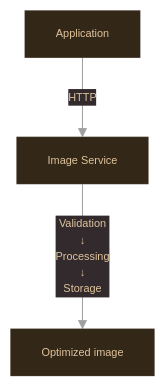
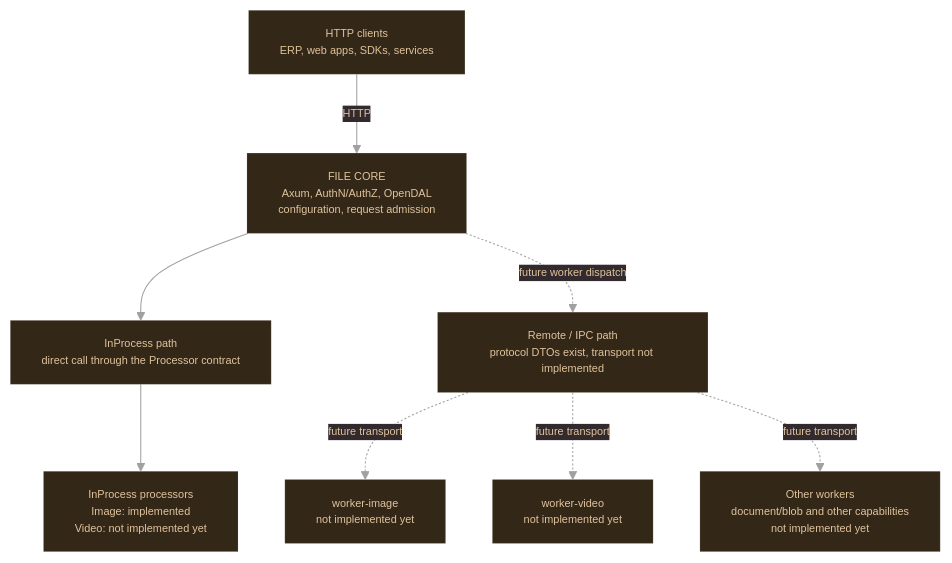
Before and after one commit to agusquartz/image_service: the first of 2 diagrams in README.md, drawn with Mermaid. The commit also changed other lines of this file, not shown here.

Commit message:
docs(readme): explain current and future processor paths

````diff
--- a/README.md
+++ b/README.md
@@ -36,6 +36,7 @@
   flowchart:
     rankSpacing: 60
     nodeSpacing: 45
+    minNodeWidth: 210
     curve: basis
 
   themeCSS: |
@@ -58,7 +59,11 @@
 
     .node .label p {
       padding: 4.5px 9px;
+      width: 210px !important;
+      min-width: 210px !important;
+      box-sizing: border-box;
       margin: 0;
+      text-align: center;
     }
 
     .edgeLabel {
@@ -98,7 +103,21 @@
       stroke: rgba(249,249,247,0.50);
     }
 ---
-flowchart TD
-    A[Application] -->|HTTP| B[Image Service]
-    B -->|"Validation<br/>↓<br/>Processing<br/>↓<br/>Storage"| C[Optimized image]
+flowchart TB
+    CLIENT[HTTP clients<br/>ERP, web apps, SDKs, services]
+    CORE[FILE CORE<br/>Axum, AuthN/AuthZ, OpenDAL<br/>configuration, request admission]
+    INPROC[InProcess path<br/>direct call through the Processor contract]
+    REMOTE[Remote / IPC path<br/>protocol DTOs exist, transport not implemented]
+    LOCAL_PROCESSORS[InProcess processors<br/>Image: implemented<br/>Video: not implemented yet]
+    WORKER_IMAGE[worker-image<br/>not implemented yet]
+    WORKER_VIDEO[worker-video<br/>not implemented yet]
+    OTHER_WORKERS[Other workers<br/>document/blob and other capabilities<br/>not implemented yet]
+
+    CLIENT -->|HTTP| CORE
+    CORE --> INPROC
+    CORE -. future worker dispatch .-> REMOTE
+    INPROC --> LOCAL_PROCESSORS
+    REMOTE -. future transport .-> WORKER_IMAGE
+    REMOTE -. future transport .-> WORKER_VIDEO
+    REMOTE -. future transport .-> OTHER_WORKERS
 ```
````
